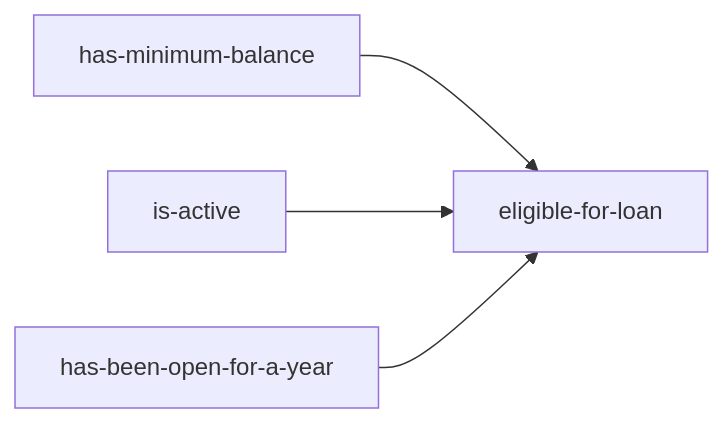
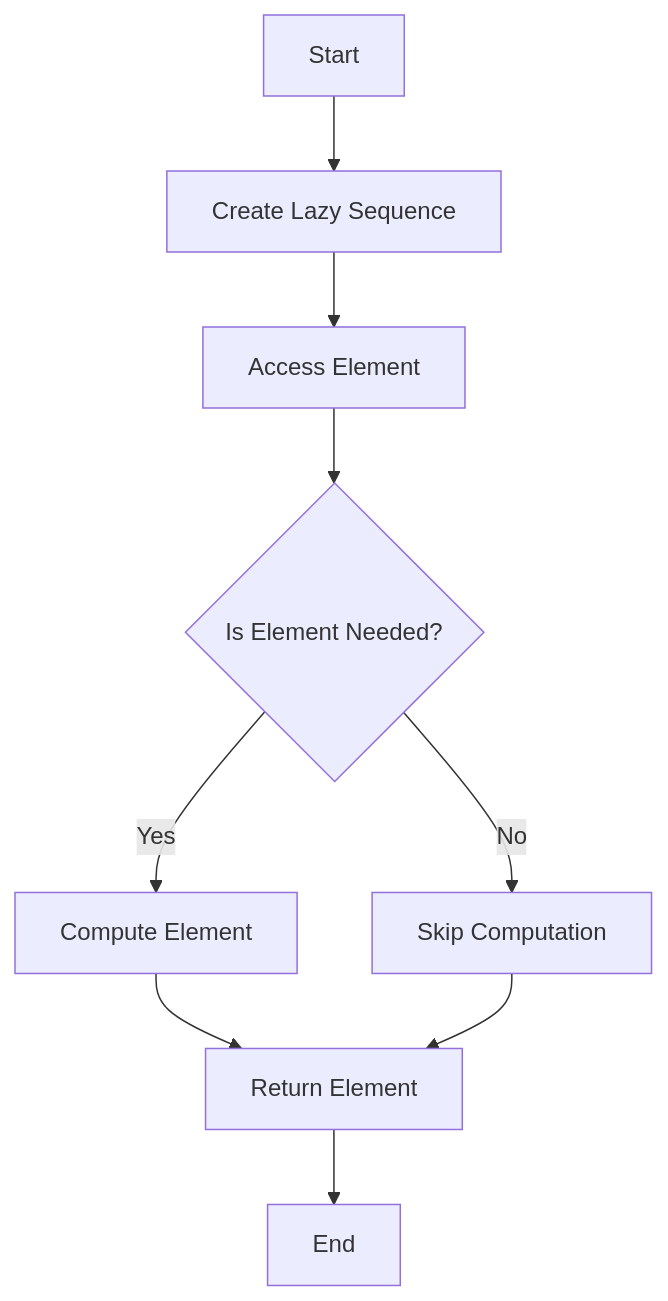
Before and after one commit to MasteryEducation/SoftwarePatternsLexicon.com: the diagram in content/patterns-clojure/5/6/index.md, drawn with Mermaid. The commit also changed other lines of this file and 462 other files, not shown here.

````diff
--- a/content/patterns-clojure/5/6/index.md
+++ b/content/patterns-clojure/5/6/index.md
@@ -111,6 +118,11 @@
 ```mermaid
-graph LR
-    A[has-minimum-balance] --> C[eligible-for-loan]
-    B[is-active] --> C
-    D[has-been-open-for-a-year] --> C
+graph TD;
+    A[Start] --> B[Create Lazy Sequence]
+    B --> C[Access Element]
+    C --> D{Is Element Needed?}
+    D -->|Yes| E[Compute Element]
+    D -->|No| F[Skip Computation]
+    E --> G[Return Element]
+    F --> G[Return Element]
+    G --> H[End]
 ```
````
